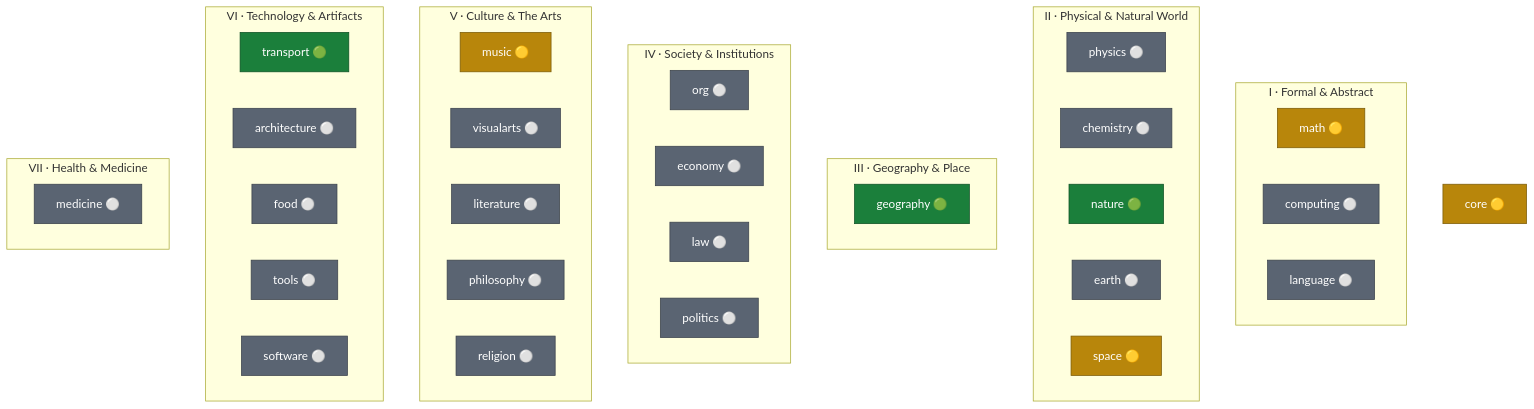
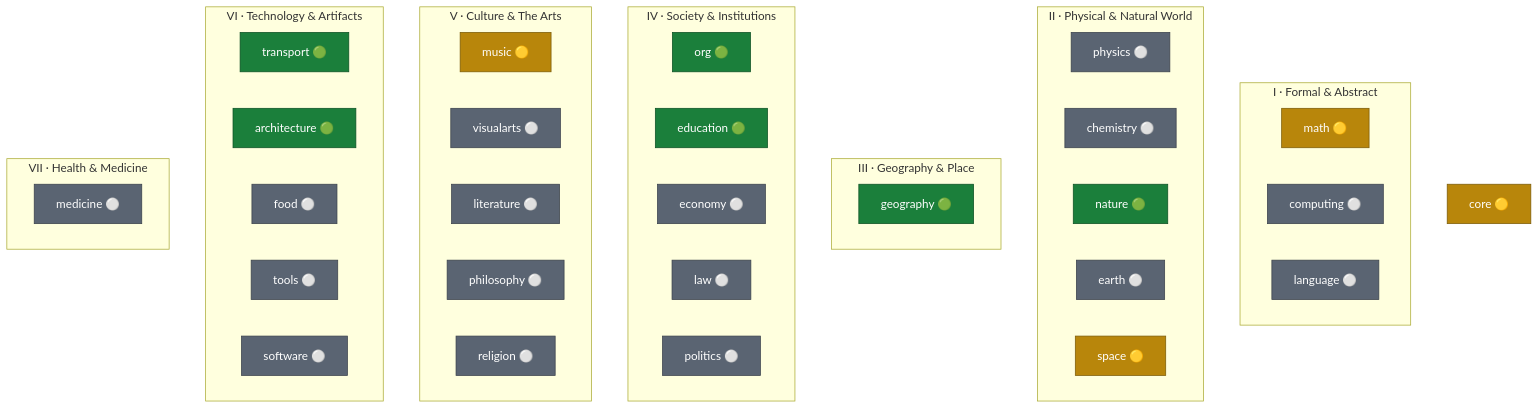
The first of 2 diagrams in docs/06-domain-taxonomy.md (WMOOP/wmoop.doc), drawn with Mermaid before and after one commit. The commit also changed other lines of this file and 12 other files, not shown here.

First line of the commit message:
feat(model): school worked example + support domains, anatomy, expansion roadmap

````diff
--- a/docs/06-domain-taxonomy.md
+++ b/docs/06-domain-taxonomy.md
@@ -160,52 +167,53 @@
 ```mermaid
 flowchart TB
   core["core 🟡"]:::plan
 
   subgraph I["I · Formal & Abstract"]
     direction LR
     math["math 🟡"]:::plan
     computing["computing ⚪"]:::cand
     language["language ⚪"]:::cand
   end
   subgraph II["II · Physical & Natural World"]
     direction LR
     physics["physics ⚪"]:::cand
     chemistry["chemistry ⚪"]:::cand
     nature["nature 🟢"]:::seed
     earth["earth ⚪"]:::cand
     space["space 🟡"]:::plan
   end
   subgraph III["III · Geography & Place"]
     geography["geography 🟢"]:::seed
   end
   subgraph IV["IV · Society & Institutions"]
     direction LR
-    org["org ⚪"]:::cand
+    org["org 🟢"]:::seed
+    education["education 🟢"]:::seed
     economy["economy ⚪"]:::cand
     law["law ⚪"]:::cand
     politics["politics ⚪"]:::cand
   end
   subgraph V["V · Culture & The Arts"]
     direction LR
     music["music 🟡"]:::plan
     visualarts["visualarts ⚪"]:::cand
     literature["literature ⚪"]:::cand
     philosophy["philosophy ⚪"]:::cand
     religion["religion ⚪"]:::cand
   end
   subgraph VI["VI · Technology & Artifacts"]
     direction LR
     transport["transport 🟢"]:::seed
-    architecture["architecture ⚪"]:::cand
+    architecture["architecture 🟢"]:::seed
     food["food ⚪"]:::cand
     tools["tools ⚪"]:::cand
     software["software ⚪"]:::cand
   end
   subgraph VII["VII · Health & Medicine"]
     medicine["medicine ⚪"]:::cand
   end
 
   classDef seed fill:#1b7f3b,stroke:#0d5024,color:#fff;
   classDef plan fill:#b8860b,stroke:#7a5a07,color:#fff;
   classDef cand fill:#5a6472,stroke:#3a414b,color:#fff;
 ```
````
